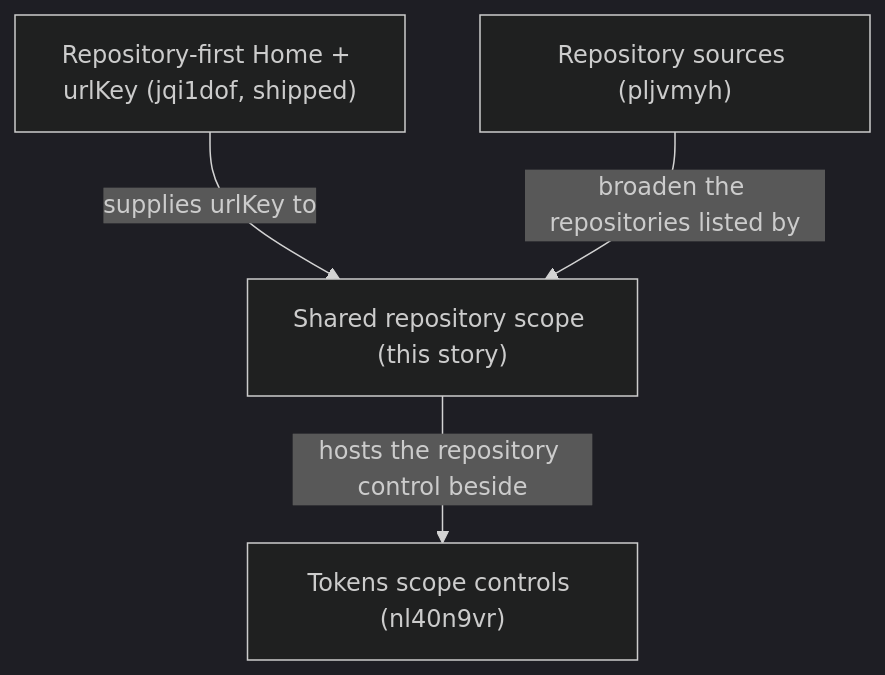
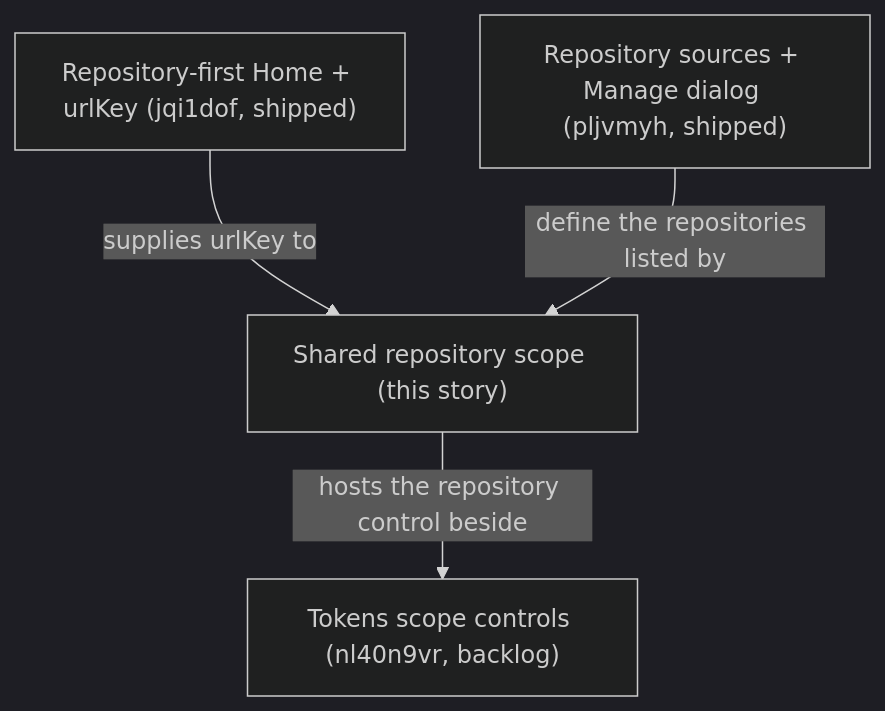
One commit to kirinmurphy/roborepo-alpha changed the diagram in docs/plans/backlog/portal-repository-scope.md. Above: the diagram before and after it, drawn with Mermaid (dark theme). The commit also changed other lines of this file and 1 other file, not shown here.

First line of the commit message:
Promote the shared repository scope plan

````diff
--- a/docs/plans/backlog/portal-repository-scope.md
+++ b/docs/plans/backlog/portal-repository-scope.md
@@ -28,6 +28,6 @@
 ```mermaid
 flowchart TD
   Home["Repository-first Home + urlKey (jqi1dof, shipped)"] -->|supplies urlKey to| Scope["Shared repository scope (this story)"]
-  Sources["Repository sources (pljvmyh)"] -->|broaden the repositories listed by| Scope
-  Scope -->|hosts the repository control beside| Tokens["Tokens scope controls (nl40n9vr)"]
+  Sources["Repository sources + Manage dialog (pljvmyh, shipped)"] -->|define the repositories listed by| Scope
+  Scope -->|hosts the repository control beside| Tokens["Tokens scope controls (nl40n9vr, backlog)"]
 ```
````
